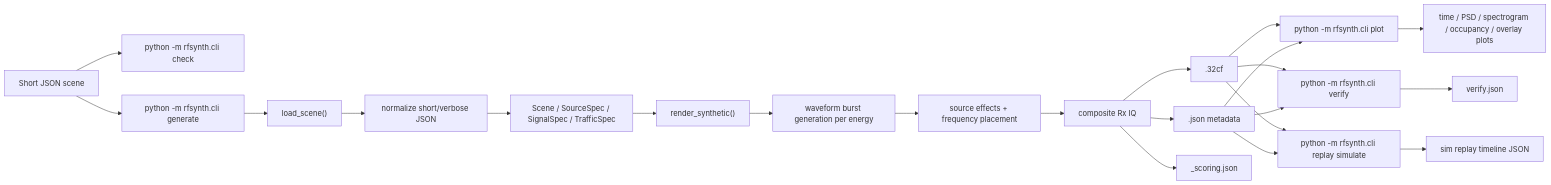
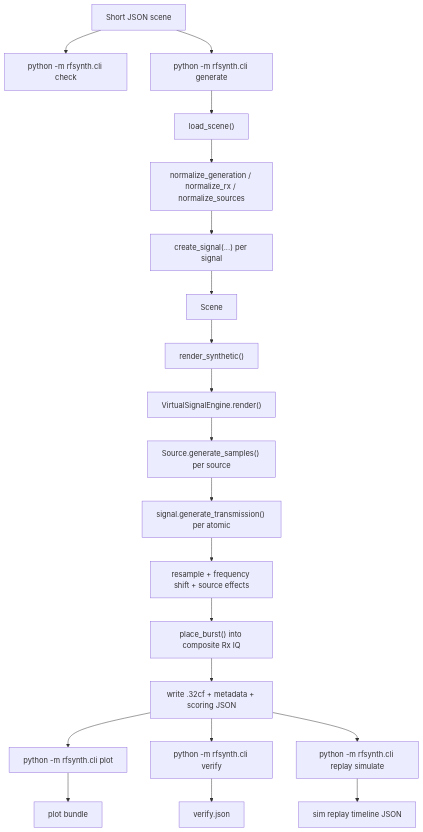
One commit to ucsdwcsng/rfsynth changed the first of 4 diagrams in README.md. Above: the diagram before and after it, drawn with Mermaid. The commit also changed other lines of this file and 37 other files, not shown here.

Commit message:
Document Python-native runtime flow

````diff
--- a/README.md
+++ b/README.md
@@ -75,24 +76,22 @@
 ```mermaid
-flowchart LR
+flowchart TD
     A["Short JSON scene"] --> B["python -m rfsynth.cli check"]
     A --> C["python -m rfsynth.cli generate"]
     C --> D["load_scene()"]
-    D --> E["normalize short/verbose JSON"]
-    E --> F["Scene / SourceSpec / SignalSpec / TrafficSpec"]
-    F --> G["render_synthetic()"]
-    G --> H["waveform burst generation per energy"]
-    H --> I["source effects + frequency placement"]
-    I --> J["composite Rx IQ"]
-    J --> K[".32cf"]
-    J --> L[".json metadata"]
-    J --> M["_scoring.json"]
-    K --> N["python -m rfsynth.cli plot"]
-    L --> N
-    N --> O["time / PSD / spectrogram / occupancy / overlay plots"]
-    K --> P["python -m rfsynth.cli verify"]
-    L --> P
-    P --> Q["verify.json"]
-    K --> R["python -m rfsynth.cli replay simulate"]
-    L --> R
-    R --> S["sim replay timeline JSON"]
+    D --> E["normalize_generation / normalize_rx / normalize_sources"]
+    E --> F["create_signal(...) per signal"]
+    F --> G["Scene"]
+    G --> H["render_synthetic()"]
+    H --> I["VirtualSignalEngine.render()"]
+    I --> J["Source.generate_samples() per source"]
+    J --> K["signal.generate_transmission() per atomic"]
+    K --> L["resample + frequency shift + source effects"]
+    L --> M["place_burst() into composite Rx IQ"]
+    M --> N["write .32cf + metadata + scoring JSON"]
+    N --> O["python -m rfsynth.cli plot"]
+    N --> P["python -m rfsynth.cli verify"]
+    N --> Q["python -m rfsynth.cli replay simulate"]
+    O --> R["plot bundle"]
+    P --> S["verify.json"]
+    Q --> T["sim replay timeline JSON"]
 ```
````
